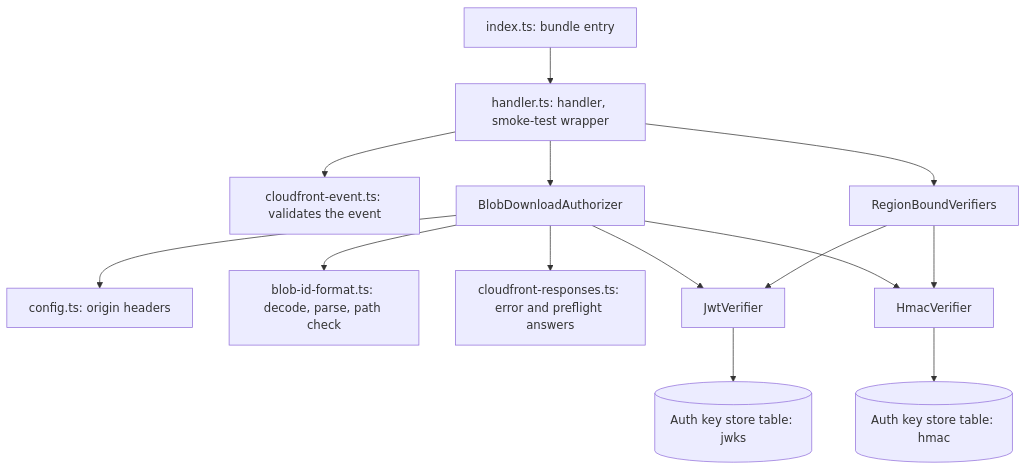
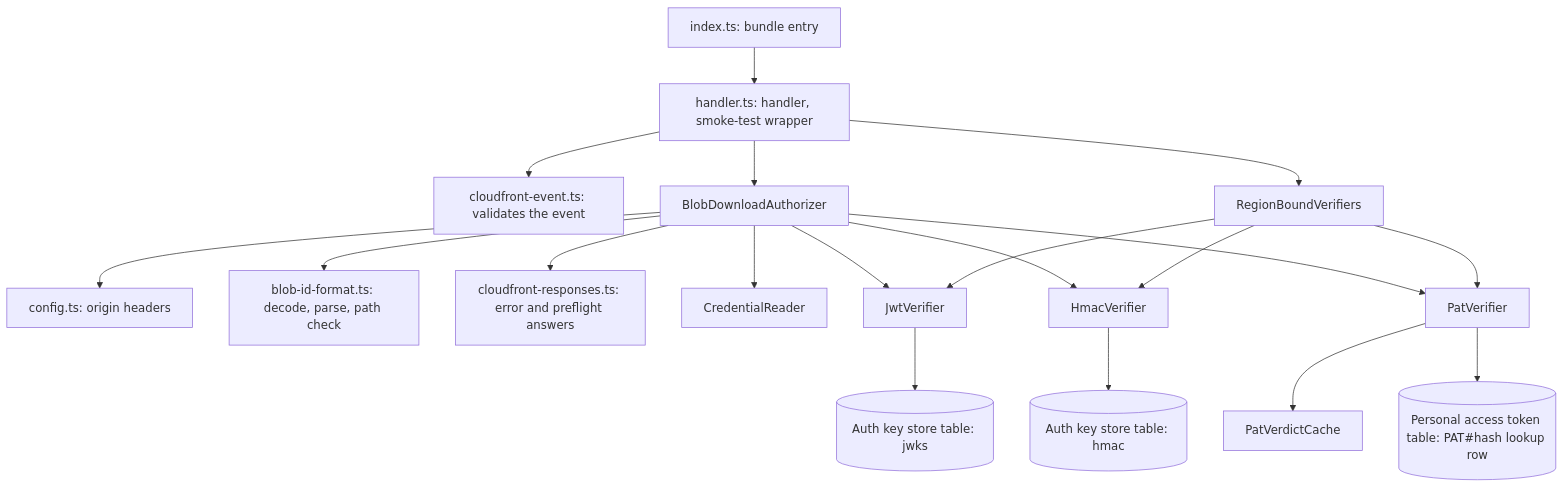
Before and after one commit to serverlessinbox/mailbox-cdk: the first of 2 diagrams in packages/mailbox/src/runtime/jmap-blob-download/README.md, drawn with Mermaid. The commit also changed other lines of this file and 16 other files, not shown here.

First line of the commit message:
feat(mailbox): personal access tokens authorize blob downloads at the edge

````diff
--- a/packages/mailbox/src/runtime/jmap-blob-download/README.md
+++ b/packages/mailbox/src/runtime/jmap-blob-download/README.md
@@ -10,16 +10,21 @@
 ```mermaid
 flowchart TD
   index["index.ts: bundle entry"] --> handler["handler.ts: handler, smoke-test wrapper"]
   handler --> event["cloudfront-event.ts: validates the event"]
   handler --> authorizer["BlobDownloadAuthorizer"]
   handler --> verifiers["RegionBoundVerifiers"]
   authorizer --> config["config.ts: origin headers"]
   authorizer --> format["blob-id-format.ts: decode, parse, path check"]
   authorizer --> responses["cloudfront-responses.ts: error and preflight answers"]
+  authorizer --> credentials["CredentialReader"]
   authorizer --> jwt["JwtVerifier"]
   authorizer --> hmac["HmacVerifier"]
+  authorizer --> pat["PatVerifier"]
   verifiers --> jwt
   verifiers --> hmac
+  verifiers --> pat
+  pat --> verdicts["PatVerdictCache"]
   jwt --> store[("Auth key store table: jwks")]
   hmac --> store2[("Auth key store table: hmac")]
+  pat --> store3[("Personal access token table: PAT#hash lookup row")]
 ```
````
